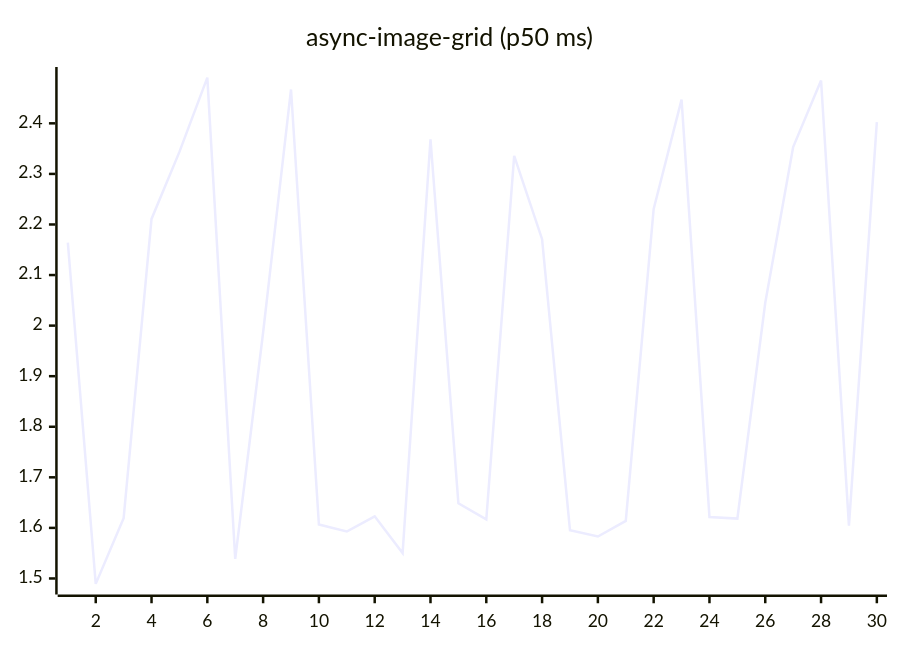
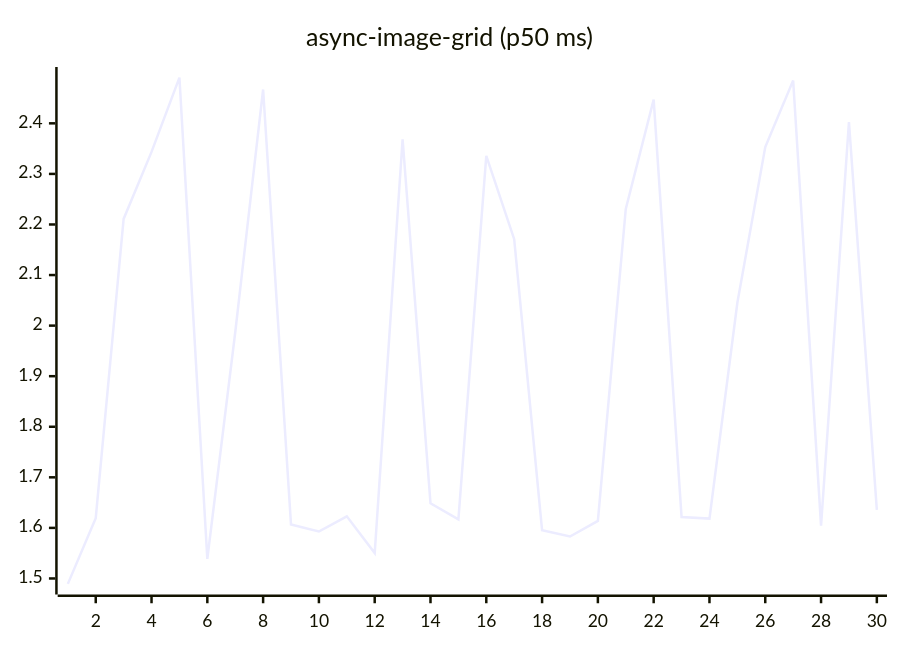
Before and after one commit to josha/Facet: the fifth of 27 diagrams in README.md, drawn with Mermaid. The commit also changed other lines of this file and 2 other files, not shown here.

````diff
--- a/README.md
+++ b/README.md
@@ -91,6 +91,6 @@
 ```mermaid
 xychart-beta
     title "async-image-grid (p50 ms)"
     x-axis 1 --> 30
-    line [2.1641, 1.4893, 1.6193, 2.2110, 2.3435, 2.4904, 1.5386, 1.9864, 2.4670, 1.6066, 1.5928, 1.6229, 1.5501, 2.3685, 1.6487, 1.6169, 2.3355, 2.1710, 1.5954, 1.5829, 1.6137, 2.2308, 2.4470, 1.6216, 1.6184, 2.0452, 2.3531, 2.4847, 1.6045, 2.4025]
+    line [1.4893, 1.6193, 2.2110, 2.3435, 2.4904, 1.5386, 1.9864, 2.4670, 1.6066, 1.5928, 1.6229, 1.5501, 2.3685, 1.6487, 1.6169, 2.3355, 2.1710, 1.5954, 1.5829, 1.6137, 2.2308, 2.4470, 1.6216, 1.6184, 2.0452, 2.3531, 2.4847, 1.6045, 2.4025, 1.6357]
 ```
````
